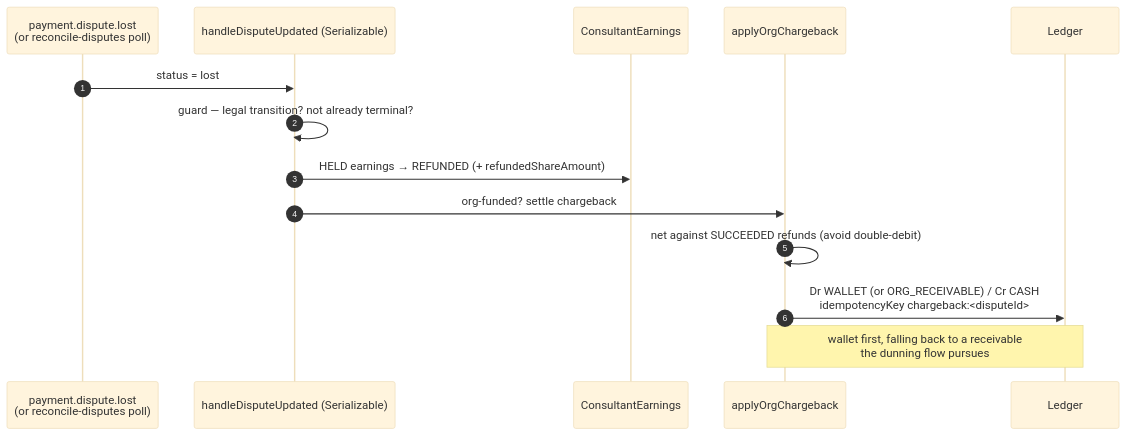
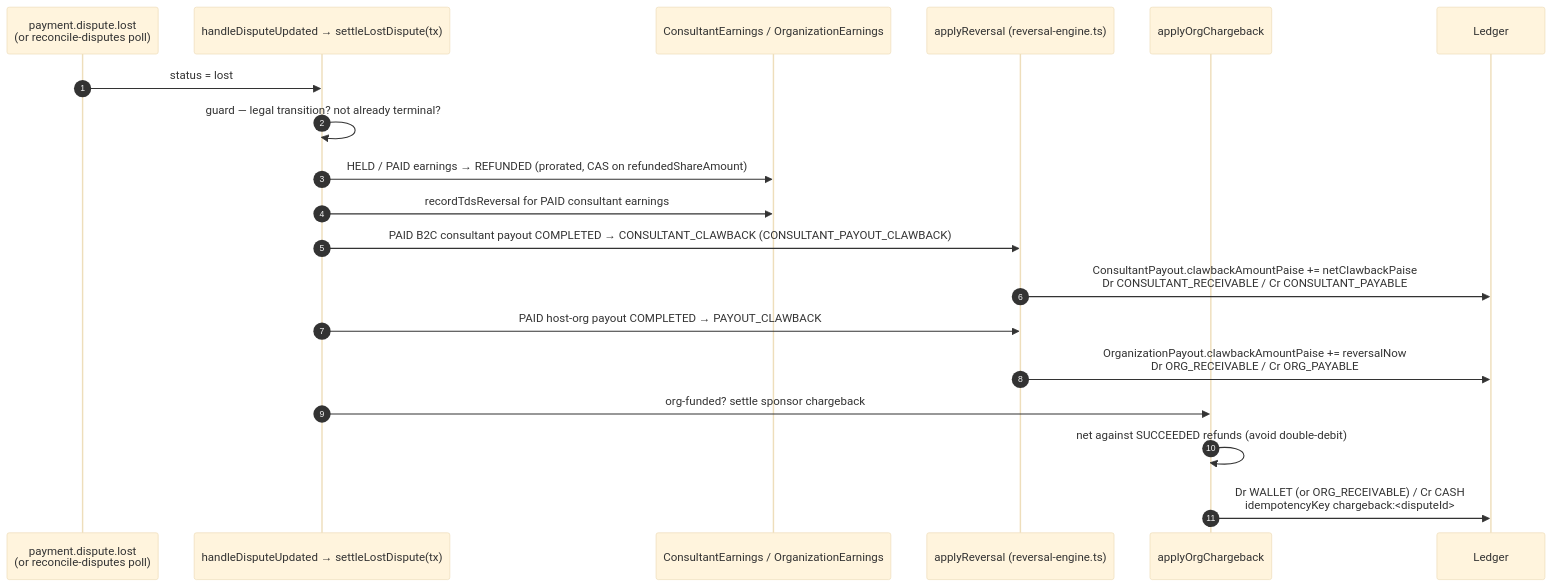
One commit to Practitionist/familiarise_web changed the second of 2 diagrams in docs/enterprise/10-money-and-ledger/11-disputes.md. Above: the diagram before and after it, drawn with Mermaid (base theme). The commit also changed other lines of this file and 69 other files, not shown here.

Commit message:
chore(arch): consolidate 41 cron workflows into 3 tiers, auto-apply dev DB sidecars, harden atomic earnings & prune docs

````diff
--- a/docs/enterprise/10-money-and-ledger/11-disputes.md
+++ b/docs/enterprise/10-money-and-ledger/11-disputes.md
@@ -105,17 +105,22 @@
 ```mermaid
 sequenceDiagram
     autonumber
     participant GW as payment.dispute.lost<br/>(or reconcile-disputes poll)
-    participant H as handleDisputeUpdated (Serializable)
-    participant E as ConsultantEarnings
+    participant H as handleDisputeUpdated → settleLostDispute(tx)
+    participant E as ConsultantEarnings / OrganizationEarnings
+    participant RE as applyReversal (reversal-engine.ts)
     participant Org as applyOrgChargeback
     participant L as Ledger
 
     GW->>H: status = lost
     H->>H: guard — legal transition? not already terminal?
-    H->>E: HELD earnings → REFUNDED (+ refundedShareAmount)
-    H->>Org: org-funded? settle chargeback
+    H->>E: HELD / PAID earnings → REFUNDED (prorated, CAS on refundedShareAmount)
+    H->>E: recordTdsReversal for PAID consultant earnings
+    H->>RE: PAID B2C consultant payout COMPLETED → CONSULTANT_CLAWBACK (CONSULTANT_PAYOUT_CLAWBACK)
+    RE->>L: ConsultantPayout.clawbackAmountPaise += netClawbackPaise<br/>Dr CONSULTANT_RECEIVABLE / Cr CONSULTANT_PAYABLE
+    H->>RE: PAID host-org payout COMPLETED → PAYOUT_CLAWBACK
+    RE->>L: OrganizationPayout.clawbackAmountPaise += reversalNow<br/>Dr ORG_RECEIVABLE / Cr ORG_PAYABLE
+    H->>Org: org-funded? settle sponsor chargeback
     Org->>Org: net against SUCCEEDED refunds (avoid double-debit)
     Org->>L: Dr WALLET (or ORG_RECEIVABLE) / Cr CASH<br/>idempotencyKey chargeback:<disputeId>
-    Note over Org,L: wallet first, falling back to a receivable<br/>the dunning flow pursues
 ```
````
